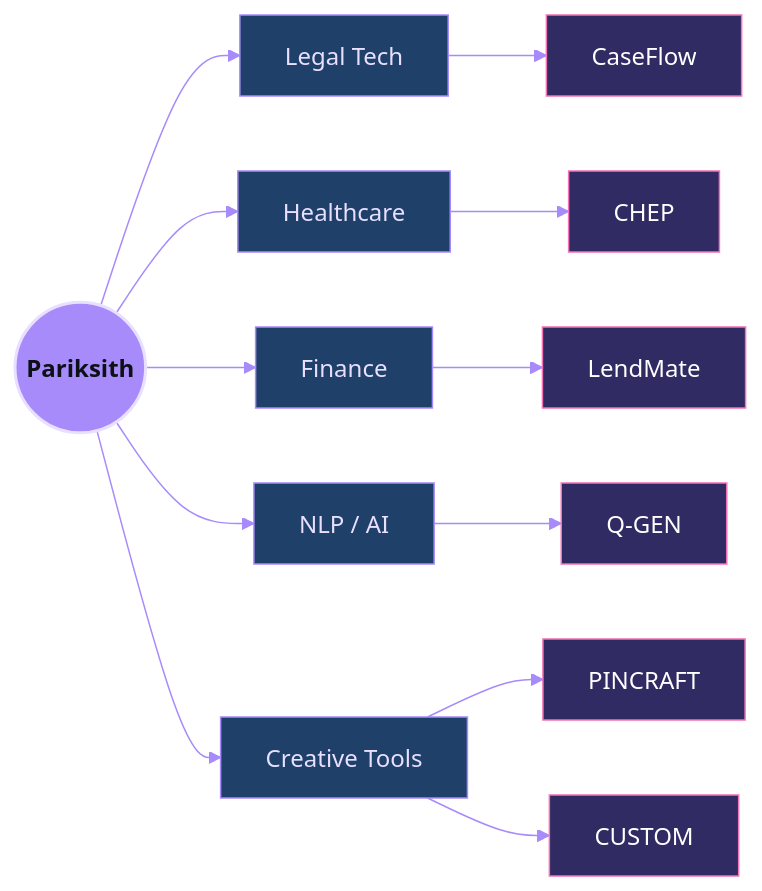
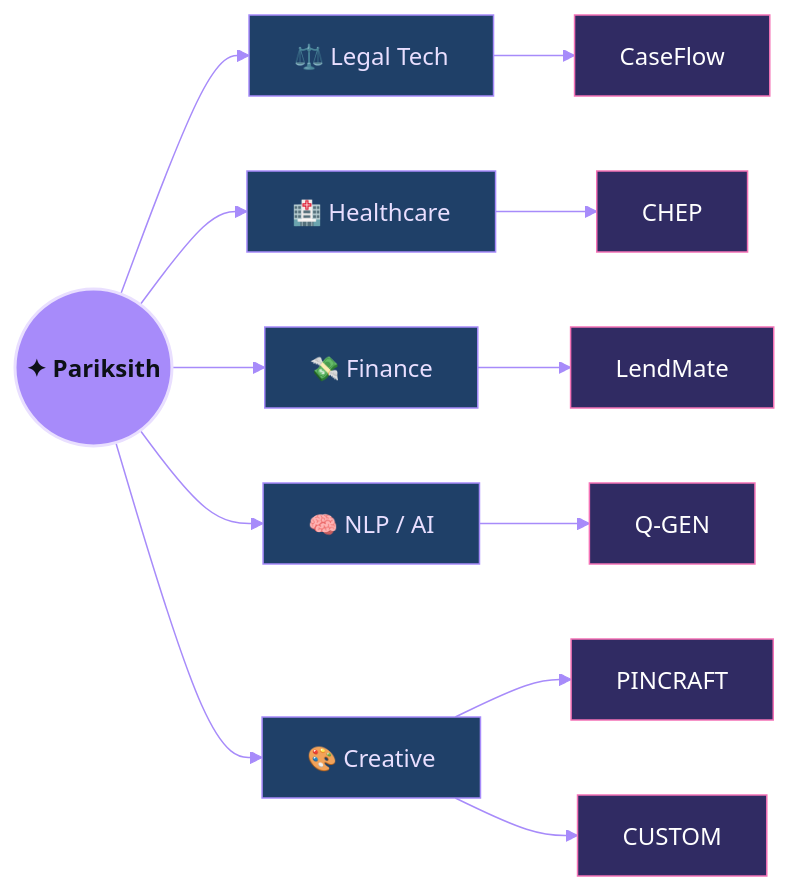
One commit to pariksith/pariksith changed the diagram in README.md. Above: the diagram before and after it, drawn with Mermaid. The commit also changed other lines of this file, not shown here.

````diff
--- a/README.md
+++ b/README.md
@@ -219,15 +228,15 @@
 ```mermaid
-%%{init: {'theme': 'base', 'themeVariables': {'primaryColor': '#302b63', 'primaryTextColor': '#e9dfff', 'primaryBorderColor': '#a78bfa', 'lineColor': '#a78bfa', 'background': '#0d1117'}}}%%
+%%{init: {'theme': 'base', 'themeVariables': {'primaryColor': '#302b63', 'primaryTextColor': '#e9dfff', 'primaryBorderColor': '#a78bfa', 'lineColor': '#a78bfa', 'background': '#0d1117', 'fontFamily': 'JetBrains Mono'}}}%%
 graph LR
-    ME(("Pariksith")):::core
-    ME --> LEGAL["Legal Tech"]:::domain --> CF["CaseFlow"]:::proj
-    ME --> HEALTH["Healthcare"]:::domain --> CHEP["CHEP"]:::proj
-    ME --> FIN["Finance"]:::domain --> LM["LendMate"]:::proj
-    ME --> NLP["NLP / AI"]:::domain --> QG["Q-GEN"]:::proj
-    ME --> CREATE["Creative Tools"]:::domain --> PC["PINCRAFT"]:::proj
+    ME(("✦ Pariksith")):::core
+    ME --> LEGAL["⚖️ Legal Tech"]:::domain --> CF["CaseFlow"]:::proj
+    ME --> HEALTH["🏥 Healthcare"]:::domain --> CHEP["CHEP"]:::proj
+    ME --> FIN["💸 Finance"]:::domain --> LM["LendMate"]:::proj
+    ME --> NLP["🧠 NLP / AI"]:::domain --> QG["Q-GEN"]:::proj
+    ME --> CREATE["🎨 Creative"]:::domain --> PC["PINCRAFT"]:::proj
     CREATE --> CU["CUSTOM"]:::proj
 
     classDef core fill:#a78bfa,stroke:#e9dfff,stroke-width:2px,color:#0d1117,font-weight:bold
     classDef domain fill:#1f4068,stroke:#a78bfa,color:#e9dfff
     classDef proj fill:#302b63,stroke:#f472b6,color:#fff
 ```
````
